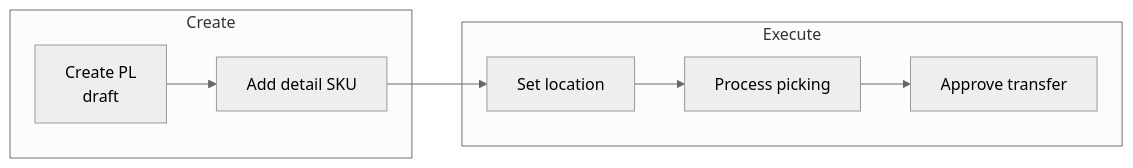
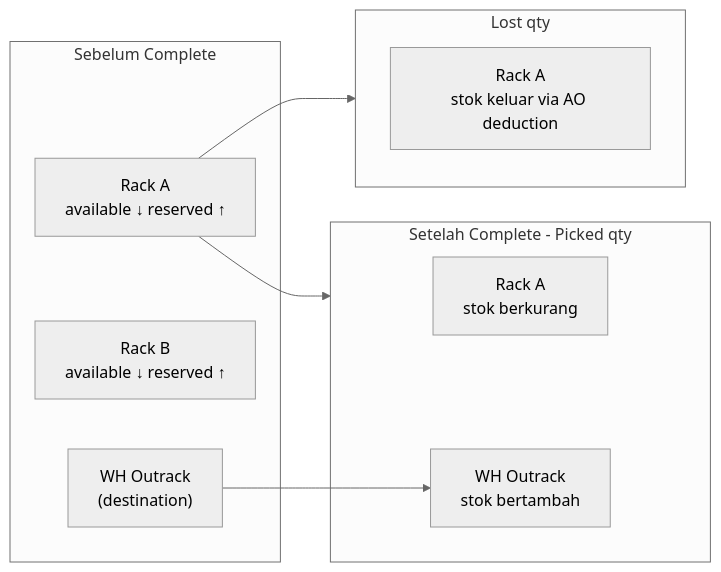
The second of 2 diagrams in qa-docs/supplychain-manual-picking-list/requirement.md (yendyr/olshoperp-docs), drawn with Mermaid (neutral theme) before and after one commit. The commit also changed other lines of this file and 84 other files, not shown here.

````diff
--- a/qa-docs/supplychain-manual-picking-list/requirement.md
+++ b/qa-docs/supplychain-manual-picking-list/requirement.md
@@ -34,14 +440,21 @@
 ```mermaid
 flowchart LR
-    subgraph Create
-        A["Create PL\ndraft"]
-        B["Add detail SKU"]
-    end
-    subgraph Execute
-        C["Set location"]
-        D["Process picking"]
-        E["Approve transfer"]
+    subgraph Before["Sebelum Complete"]
+        R1["Rack A\navailable ↓ reserved ↑"]
+        R2["Rack B\navailable ↓ reserved ↑"]
+        OR["WH Outrack\n(destination)"]
     end
 
-    A --> B --> C --> D --> E
+    subgraph AfterPicked["Setelah Complete - Picked qty"]
+        R1b["Rack A\nstok berkurang"]
+        ORb["WH Outrack\nstok bertambah"]
+    end
+
+    subgraph AfterLost["Lost qty"]
+        R1c["Rack A\nstok keluar via AO deduction"]
+    end
+
+    R1 --> AfterPicked
+    OR --> ORb
+    R1 --> AfterLost
 ```
````
